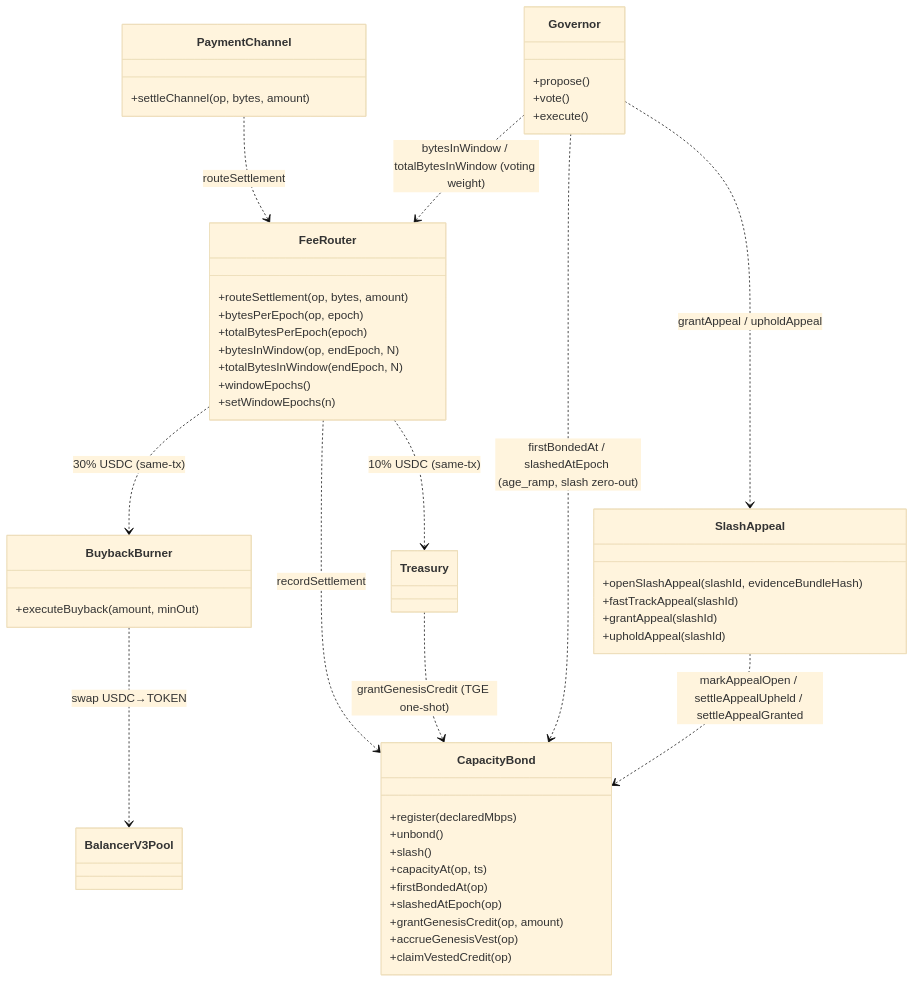
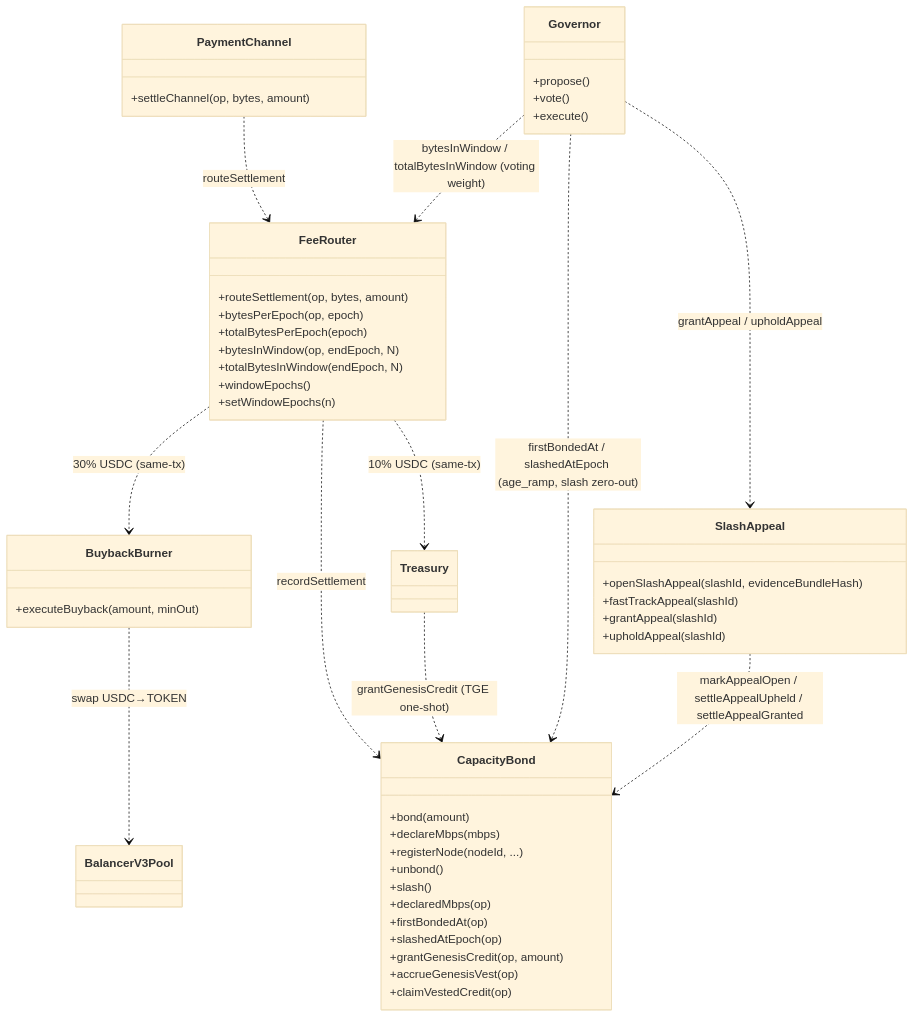
Before and after one commit to decdn/decdn: the first of 5 diagrams in adr/016-contract-interactions.md, drawn with Mermaid (base theme). The commit also changed other lines of this file and 9 other files, not shown here.

First line of the commit message:
docs(adr): align CapacityBond accessor names with shipped ABI (#765)

````diff
--- a/adr/016-contract-interactions.md
+++ b/adr/016-contract-interactions.md
@@ -39,53 +39,55 @@
 ```mermaid
 classDiagram
     class PaymentChannel {
         +settleChannel(op, bytes, amount)
     }
     class FeeRouter {
         +routeSettlement(op, bytes, amount)
         +bytesPerEpoch(op, epoch)
         +totalBytesPerEpoch(epoch)
         +bytesInWindow(op, endEpoch, N)
         +totalBytesInWindow(endEpoch, N)
         +windowEpochs()
         +setWindowEpochs(n)
     }
     class CapacityBond {
-        +register(declaredMbps)
+        +bond(amount)
+        +declareMbps(mbps)
+        +registerNode(nodeId, ...)
         +unbond()
         +slash()
-        +capacityAt(op, ts)
+        +declaredMbps(op)
         +firstBondedAt(op)
         +slashedAtEpoch(op)
         +grantGenesisCredit(op, amount)
         +accrueGenesisVest(op)
         +claimVestedCredit(op)
     }
     class BuybackBurner {
         +executeBuyback(amount, minOut)
     }
     class SlashAppeal {
         +openSlashAppeal(slashId, evidenceBundleHash)
         +fastTrackAppeal(slashId)
         +grantAppeal(slashId)
         +upholdAppeal(slashId)
     }
     class Governor {
         +propose()
         +vote()
         +execute()
     }
     class Treasury
     class BalancerV3Pool
 
     PaymentChannel ..> FeeRouter : routeSettlement
     FeeRouter ..> BuybackBurner : 30% USDC (same-tx)
     FeeRouter ..> Treasury : 10% USDC (same-tx)
     FeeRouter ..> CapacityBond : recordSettlement
     BuybackBurner ..> BalancerV3Pool : swap USDC→TOKEN
     Treasury ..> CapacityBond : grantGenesisCredit (TGE one-shot)
     Governor ..> FeeRouter : bytesInWindow / totalBytesInWindow (voting weight)
     Governor ..> CapacityBond : firstBondedAt / slashedAtEpoch (age_ramp, slash zero-out)
     SlashAppeal ..> CapacityBond : markAppealOpen / settleAppealUpheld / settleAppealGranted
     Governor ..> SlashAppeal : grantAppeal / upholdAppeal
 ```
````
